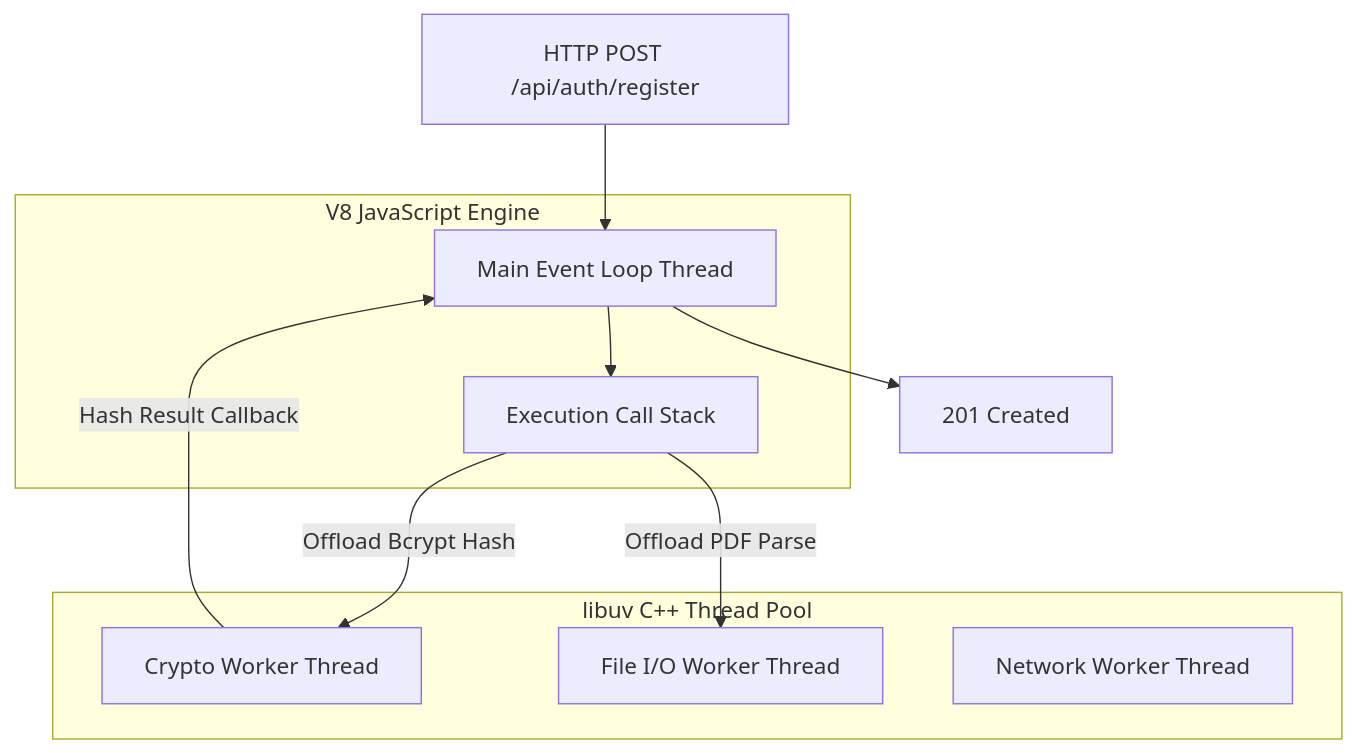
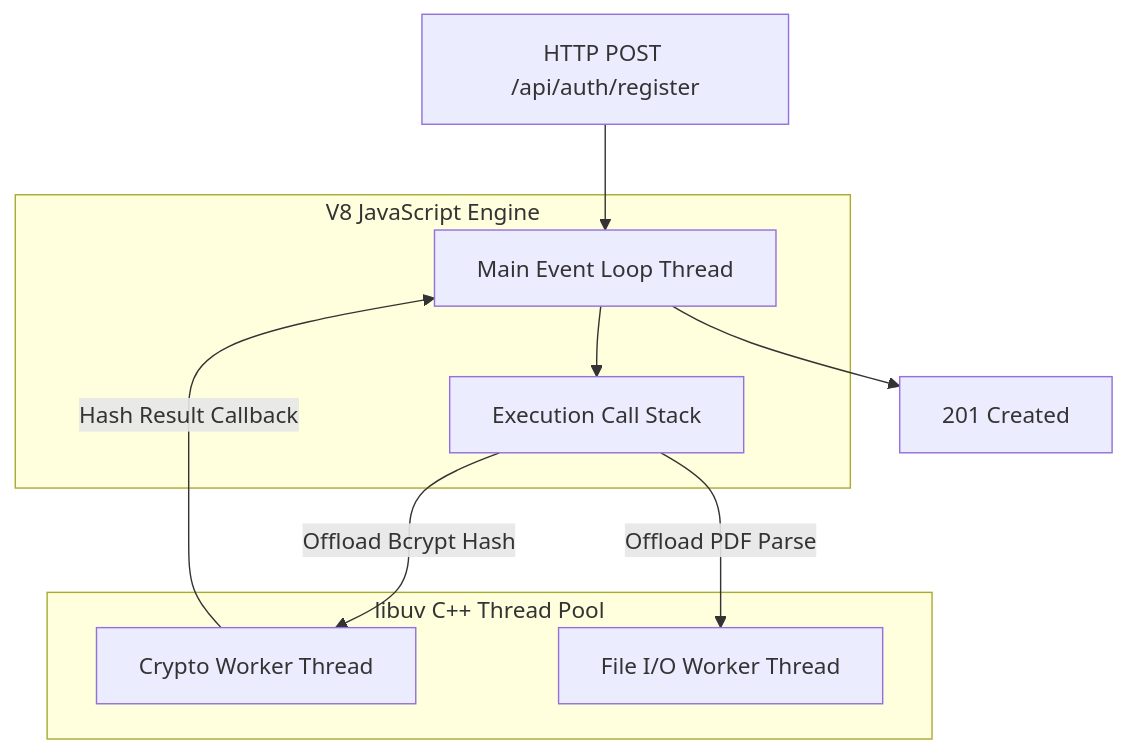
One commit to sandeep-kumar-270904/my-personal-tracking-system- changed the third of 6 diagrams in README.md. Above: the diagram before and after it, drawn with Mermaid. The commit also changed other lines of this file, not shown here.

Commit message:
docs: correct technical inaccuracies regarding Node.js event loop, Promise handling, and MongoDB schemas

````diff
--- a/README.md
+++ b/README.md
@@ -217,20 +217,19 @@
 ```mermaid
 graph TD
     subgraph V8 JavaScript Engine
         EventLoop[Main Event Loop Thread]
         CallStack[Execution Call Stack]
     end
 
     subgraph libuv C++ Thread Pool
         Worker1[Crypto Worker Thread]
         Worker2[File I/O Worker Thread]
-        Worker3[Network Worker Thread]
     end
 
     IncomingRequest[HTTP POST /api/auth/register] --> EventLoop
     EventLoop --> CallStack
     CallStack -- Offload Bcrypt Hash --> Worker1
     CallStack -- Offload PDF Parse --> Worker2
     Worker1 -- Hash Result Callback --> EventLoop
     EventLoop --> Response[201 Created]
 ```
````
